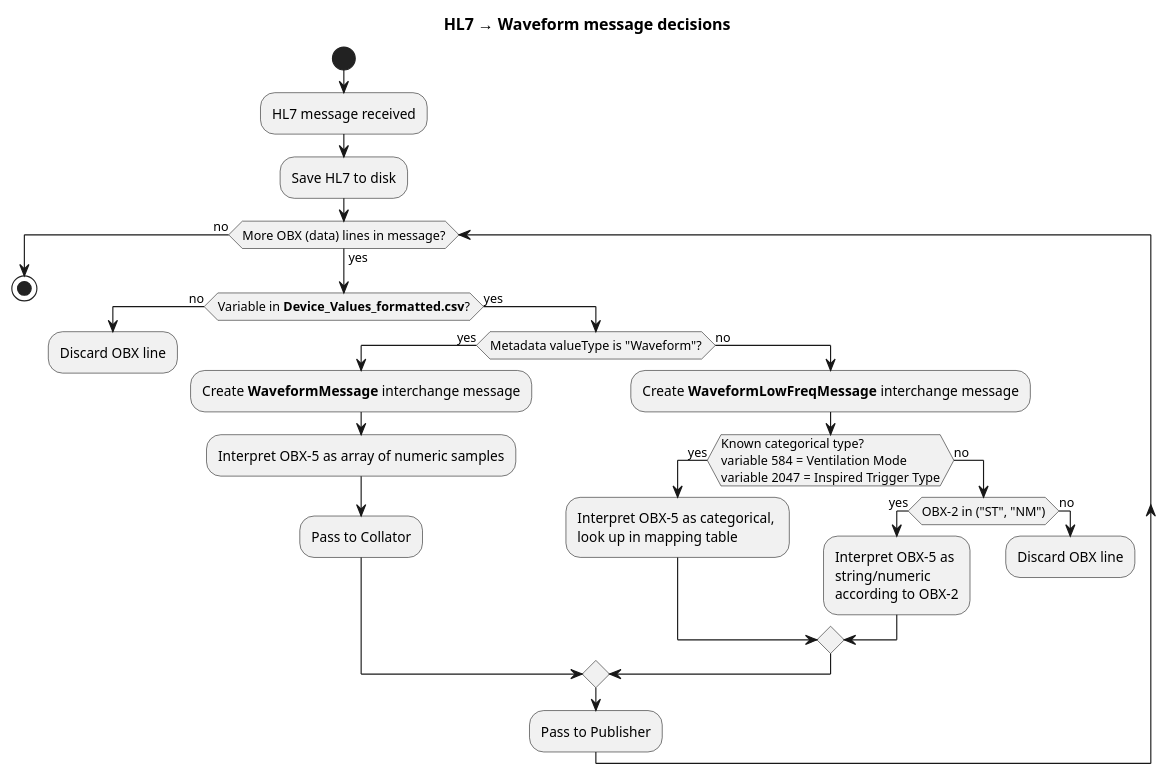
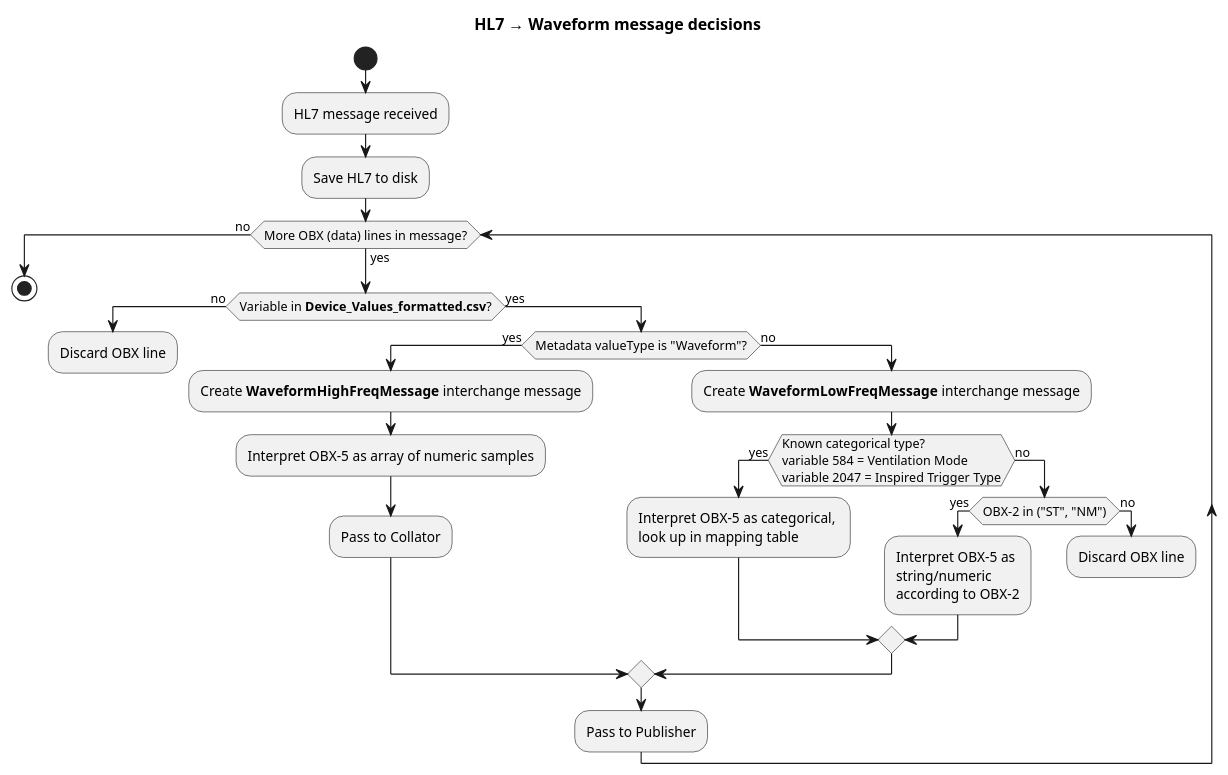
One commit to SAFEHR-data/emap changed the diagram in docs/technical_overview/waveforms/data_flow.puml. Above: the diagram before and after it, drawn with PlantUML. The commit also changed 2 other files, not shown here.

```diff
--- a/docs/technical_overview/waveforms/data_flow.puml
+++ b/docs/technical_overview/waveforms/data_flow.puml
@@ -1,38 +1,38 @@
 @startuml
 title "HL7 → Waveform message decisions"
 
 start
 
 :HL7 message received;
 
 :Save HL7 to disk;
 
 while (More OBX (data) lines in message?) is (yes)
   if (Variable in **Device_Values_formatted.csv**?) then (no)
     :Discard OBX line;
     detach
   else (yes)
     if (Metadata valueType is "Waveform"?) then (yes)
-      :Create **WaveformMessage** interchange message;
+      :Create **WaveformHighFreqMessage** interchange message;
       :Interpret OBX-5 as array of numeric samples;
       :Pass to Collator;
     else (no)
       :Create **WaveformLowFreqMessage** interchange message;
       if (Known categorical type?\nvariable 584 = Ventilation Mode\nvariable 2047 = Inspired Trigger Type) then (yes)
         :Interpret OBX-5 as categorical, \nlook up in mapping table;
       else (no)
         if (OBX-2 in ("ST", "NM")) then (yes)
           :Interpret OBX-5 as\nstring/numeric\naccording to OBX-2;
         else (no)
           :Discard OBX line;
           detach
         endif
       endif
     endif
     :Pass to Publisher;
   endif
 endwhile (no)
 
 stop
 
 @enduml
```
